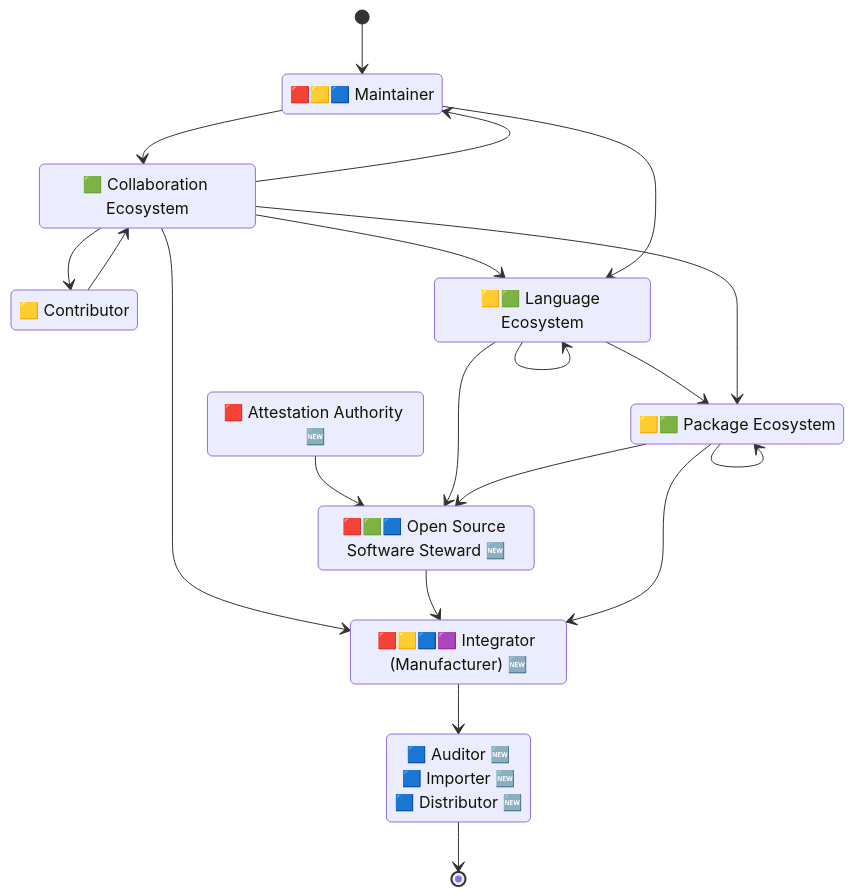
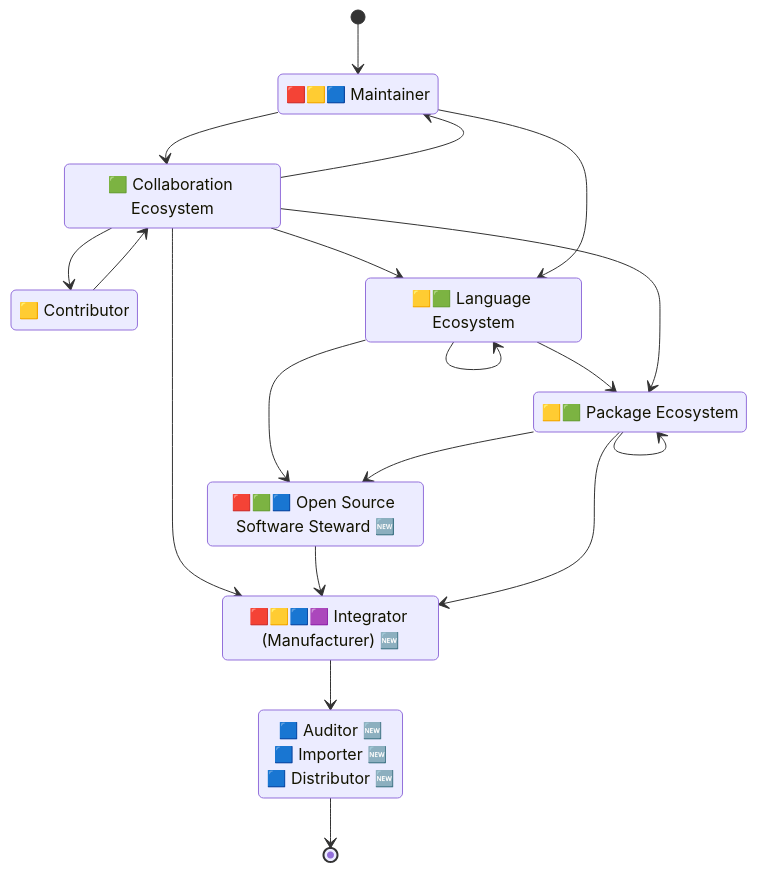
One commit to CPAN-Security/security.metacpan.org changed the second of 5 diagrams in docs/supplychain-sbom.md. Above: the diagram before and after it, drawn with Mermaid. The commit also changed other lines of this file and 1 other file, not shown here.

````diff
--- a/docs/supplychain-sbom.md
+++ b/docs/supplychain-sbom.md
@@ -127,37 +127,37 @@
 ```mermaid
 stateDiagram-v2
     direction TB
 
     state "🟥🟨🟦 Maintainer" as environment_maintainer
     state "🟨 Contributor" as environment_contributor
     state "🟩 Collaboration Ecosystem" as ecosystem_repo
     state "🟨🟩 Language Ecosystem" as ecosystem_lang
     state "🟨🟩 Package Ecosystem" as ecosystem_package
-    state "🟥 Attestation Authority 🆕" as authority_attestation
+    %%state "🟥 Attestation Authority 🆕" as authority_attestation
     state "🟥🟩🟦 Open Source Software Steward 🆕" as ecosystem_steward
     state "🟥🟨🟦🟪 Integrator (Manufacturer) 🆕" as environment_manufacturer
     state "🟦 Auditor 🆕<br>🟦 Importer 🆕<br>🟦 Distributor 🆕" as authority_auditor
 
     [*]                      --> environment_maintainer
     ecosystem_repo           --> environment_maintainer
     ecosystem_repo           --> environment_contributor
     ecosystem_lang           --> ecosystem_package
     ecosystem_repo           --> ecosystem_package
     ecosystem_repo           --> ecosystem_lang
     ecosystem_repo           --> environment_manufacturer
     environment_maintainer   --> ecosystem_repo
     environment_maintainer   --> ecosystem_lang
     environment_contributor  --> ecosystem_repo
-    authority_attestation    --> ecosystem_steward
+    %%authority_attestation    --> ecosystem_steward
     ecosystem_package        --> ecosystem_package
     ecosystem_lang           --> ecosystem_steward
     ecosystem_package        --> ecosystem_steward
     ecosystem_steward        --> environment_manufacturer
     environment_manufacturer --> authority_auditor
     ecosystem_package        --> environment_manufacturer
     ecosystem_lang           --> ecosystem_lang
     authority_auditor        --> [*]
 
     %% Copyright © 2024 Salve J. Nilsen <sjn@oslo.pm>
     %% Some rights reserved. Licensed CC-BY-SA-4.0
 ```
````
